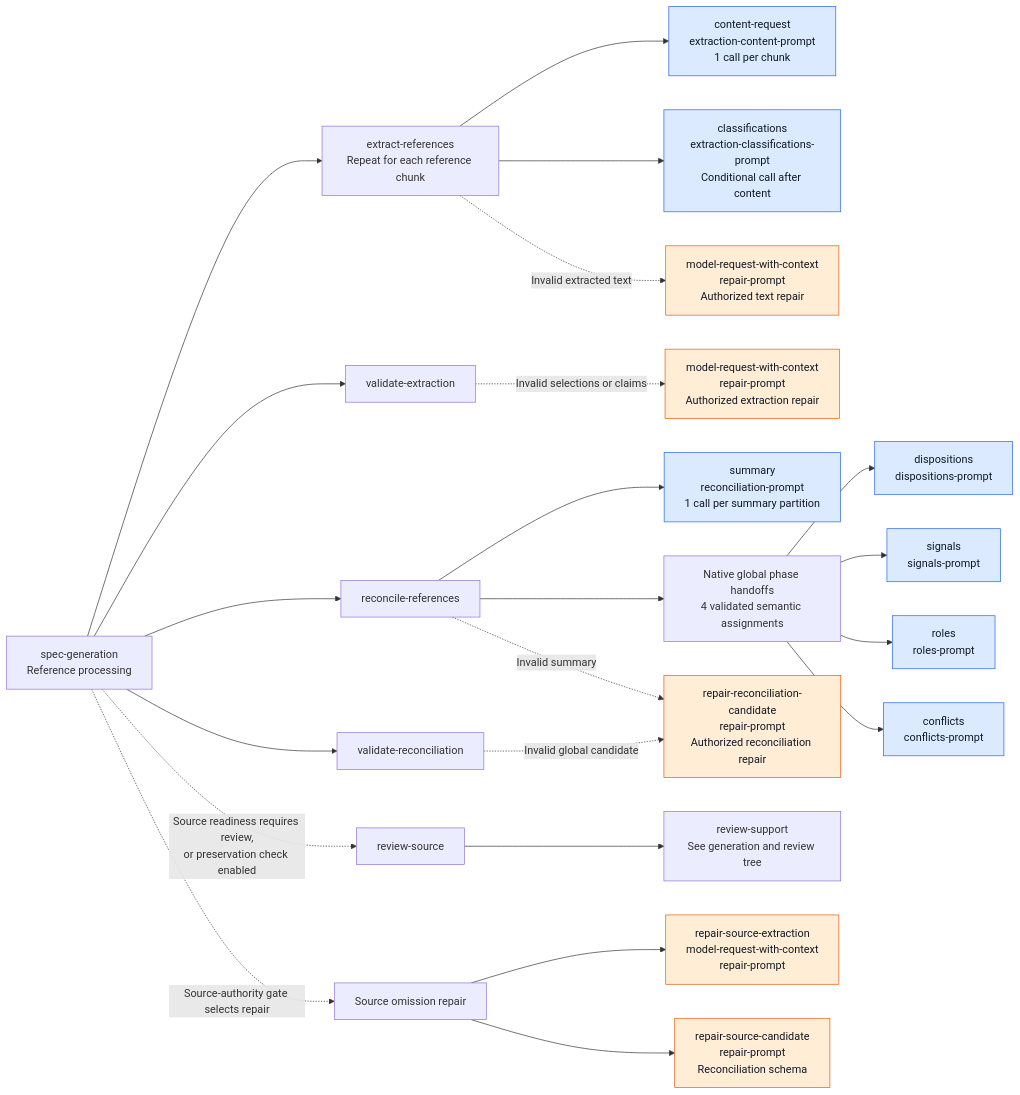
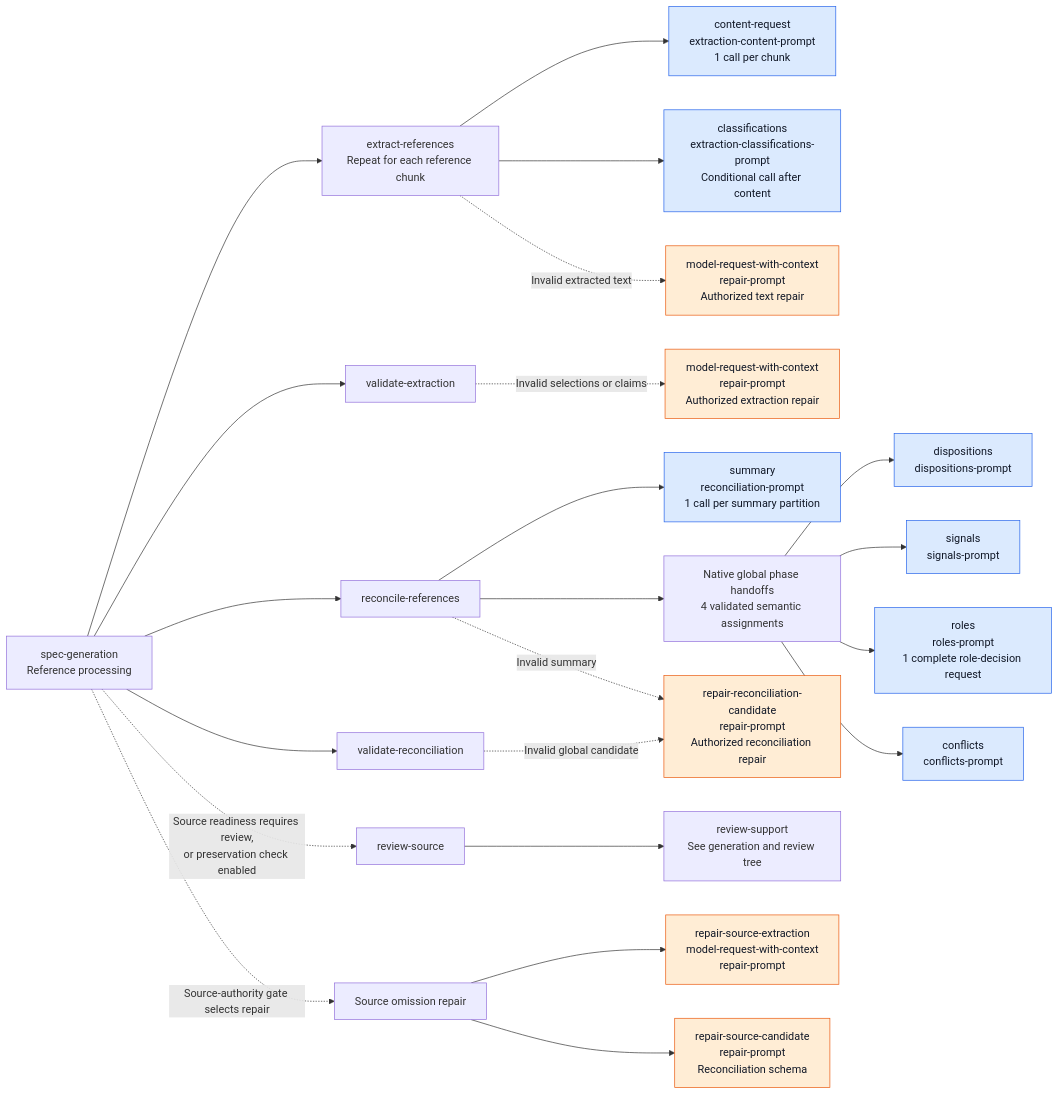
Before and after one commit to littledespot/sdde: the first of 3 diagrams in design/diagrams/21-spec-model-call-tree.md, drawn with Mermaid. The commit also changed other lines of this file and 31 other files, not shown here.

````diff
--- a/design/diagrams/21-spec-model-call-tree.md
+++ b/design/diagrams/21-spec-model-call-tree.md
@@ -22,34 +22,34 @@
 ```mermaid
 flowchart LR
     ROOT["spec-generation<br/>Reference processing"]
     ROOT --> EX["extract-references<br/>Repeat for each reference chunk"]
     EX --> CONTENT["content-request<br/>extraction-content-prompt<br/>1 call per chunk"]
     EX --> CLASSIFICATIONS["classifications<br/>extraction-classifications-prompt<br/>Conditional call after content"]
     EX -. "Invalid extracted text" .-> TEXT_REPAIR["model-request-with-context<br/>repair-prompt<br/>Authorized text repair"]
 
     ROOT --> VALIDATE_EX["validate-extraction"]
     VALIDATE_EX -. "Invalid selections or claims" .-> EX_REPAIR["model-request-with-context<br/>repair-prompt<br/>Authorized extraction repair"]
 
     ROOT --> RC["reconcile-references"]
     RC --> SUMMARY["summary<br/>reconciliation-prompt<br/>1 call per summary partition"]
     RC --> GLOBAL["Native global phase handoffs<br/>4 validated semantic assignments"]
     GLOBAL --> DISPOSITIONS["dispositions<br/>dispositions-prompt"]
     GLOBAL --> SIGNALS["signals<br/>signals-prompt"]
-    GLOBAL --> ROLES["roles<br/>roles-prompt"]
+    GLOBAL --> ROLES["roles<br/>roles-prompt<br/>1 complete role-decision request"]
     GLOBAL --> CONFLICTS["conflicts<br/>conflicts-prompt"]
     RC -. "Invalid summary" .-> RC_REPAIR["repair-reconciliation-candidate<br/>repair-prompt<br/>Authorized reconciliation repair"]
 
     ROOT --> VALIDATE_RC["validate-reconciliation"]
     VALIDATE_RC -. "Invalid global candidate" .-> RC_REPAIR
 
     ROOT -. "Source readiness requires review,<br/>or preservation check enabled" .-> SOURCE["review-source"]
     SOURCE --> SUPPORT["review-support<br/>See generation and review tree"]
     ROOT -. "Source-authority gate selects repair" .-> UPSTREAM["Source omission repair"]
     UPSTREAM --> SOURCE_EX["repair-source-extraction<br/>model-request-with-context<br/>repair-prompt"]
     UPSTREAM --> SOURCE_RC["repair-source-candidate<br/>repair-prompt<br/>Reconciliation schema"]
 
     classDef model fill:#dbeafe,stroke:#2563eb,color:#111827;
     classDef repair fill:#ffedd5,stroke:#ea580c,color:#111827;
     class CONTENT,CLASSIFICATIONS,SUMMARY,DISPOSITIONS,SIGNALS,ROLES,CONFLICTS model;
     class TEXT_REPAIR,EX_REPAIR,RC_REPAIR,SOURCE_EX,SOURCE_RC repair;
 ```
````
